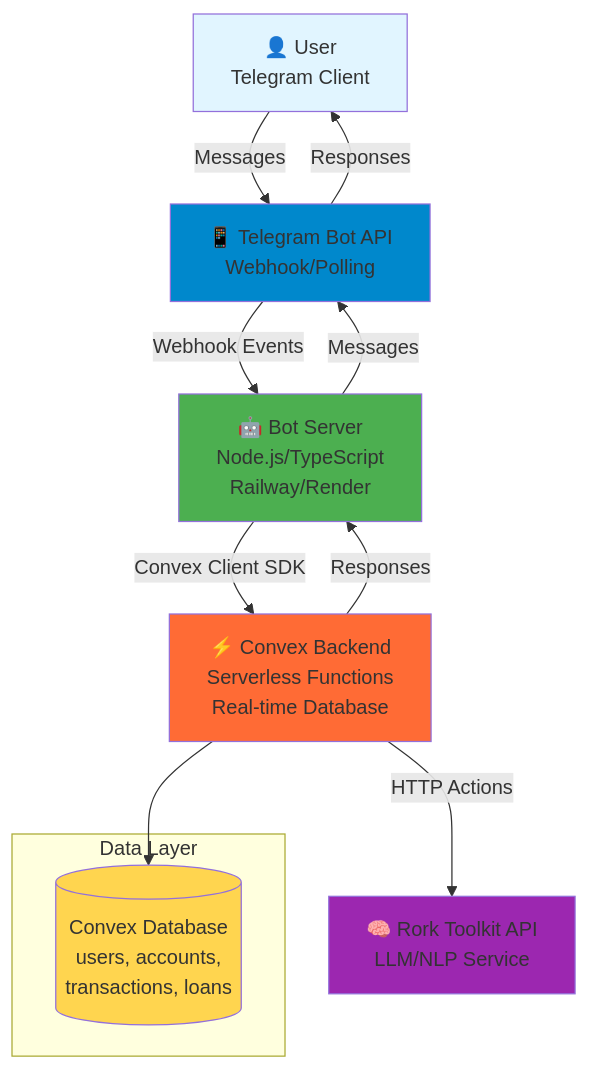
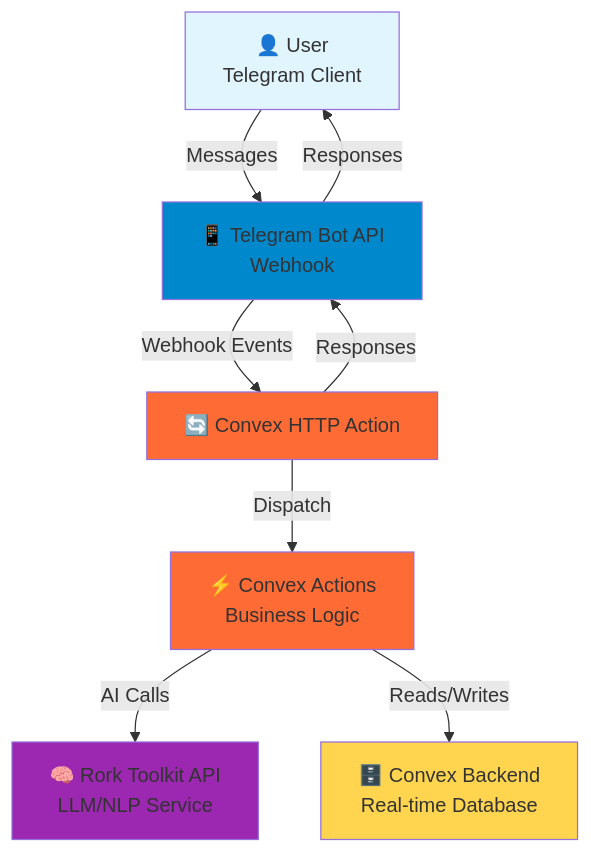
The diagram in docs/architecture/high-level-architecture.md (amrpyt/Finance_Tracker_for_n8n-simple), drawn with Mermaid before and after one commit. The commit also changed other lines of this file and 62 other files, not shown here.

First line of the commit message:
feat: major refactor for Convex-only architecture migration

````diff
--- a/docs/architecture/high-level-architecture.md
+++ b/docs/architecture/high-level-architecture.md
@@ -84,29 +82,24 @@
 ```mermaid
 graph TB
     User[👤 User<br/>Telegram Client]
-    TG[📱 Telegram Bot API<br/>Webhook/Polling]
-    Bot[🤖 Bot Server<br/>Node.js/TypeScript<br/>Railway/Render]
-    Convex[⚡ Convex Backend<br/>Serverless Functions<br/>Real-time Database]
+    TG[📱 Telegram Bot API<br/>Webhook]
+    ConvexHTTP[🔄 Convex HTTP Action]
+    ConvexActions[⚡ Convex Actions<br/>Business Logic]
+    Convex[🗄️ Convex Backend<br/>Real-time Database]
     Rork[🧠 Rork Toolkit API<br/>LLM/NLP Service]
     
     User -->|Messages| TG
-    TG -->|Webhook Events| Bot
-    Bot -->|Convex Client SDK| Convex
-    Convex -->|HTTP Actions| Rork
-    Convex -->|Responses| Bot
-    Bot -->|Messages| TG
+    TG -->|Webhook Events| ConvexHTTP
+    ConvexHTTP -->|Dispatch| ConvexActions
+    ConvexActions -->|AI Calls| Rork
+    ConvexActions -->|Reads/Writes| Convex
+    ConvexHTTP -->|Responses| TG
     TG -->|Responses| User
-    
-    subgraph "Data Layer"
-        DB[(Convex Database<br/>users, accounts,<br/>transactions, loans)]
-    end
-    
-    Convex --> DB
     
     style User fill:#e1f5ff
     style TG fill:#0088cc
-    style Bot fill:#4caf50
-    style Convex fill:#ff6b35
+    style ConvexHTTP fill:#ff6b35
+    style ConvexActions fill:#ff6b35
+    style Convex fill:#ffd54f
     style Rork fill:#9c27b0
-    style DB fill:#ffd54f
 ```
````
